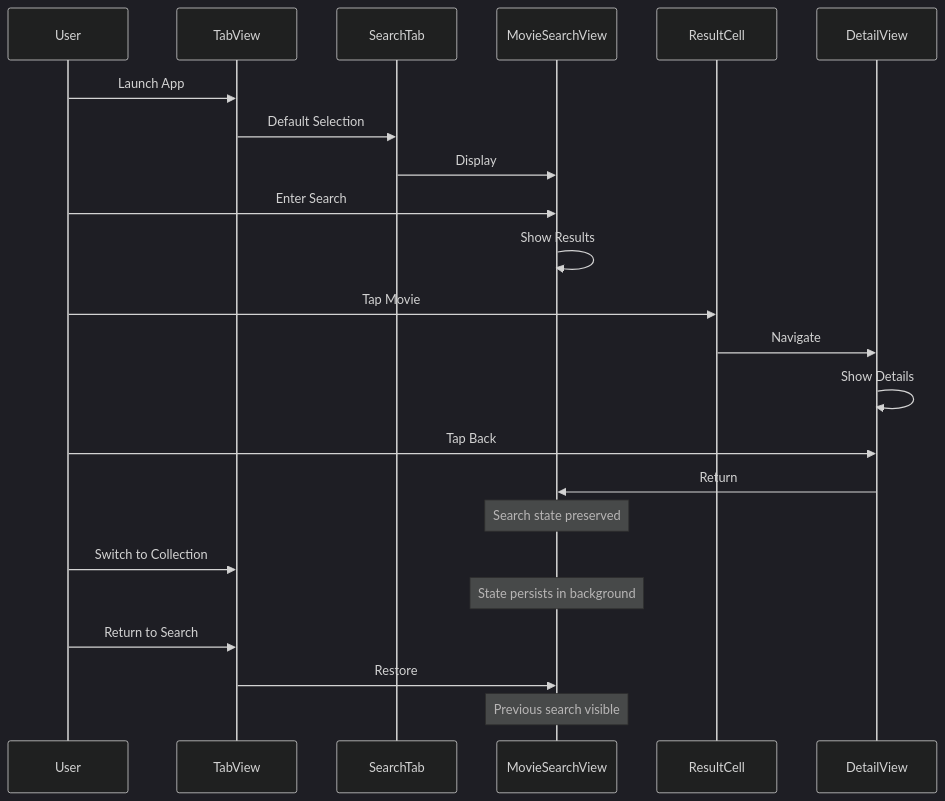
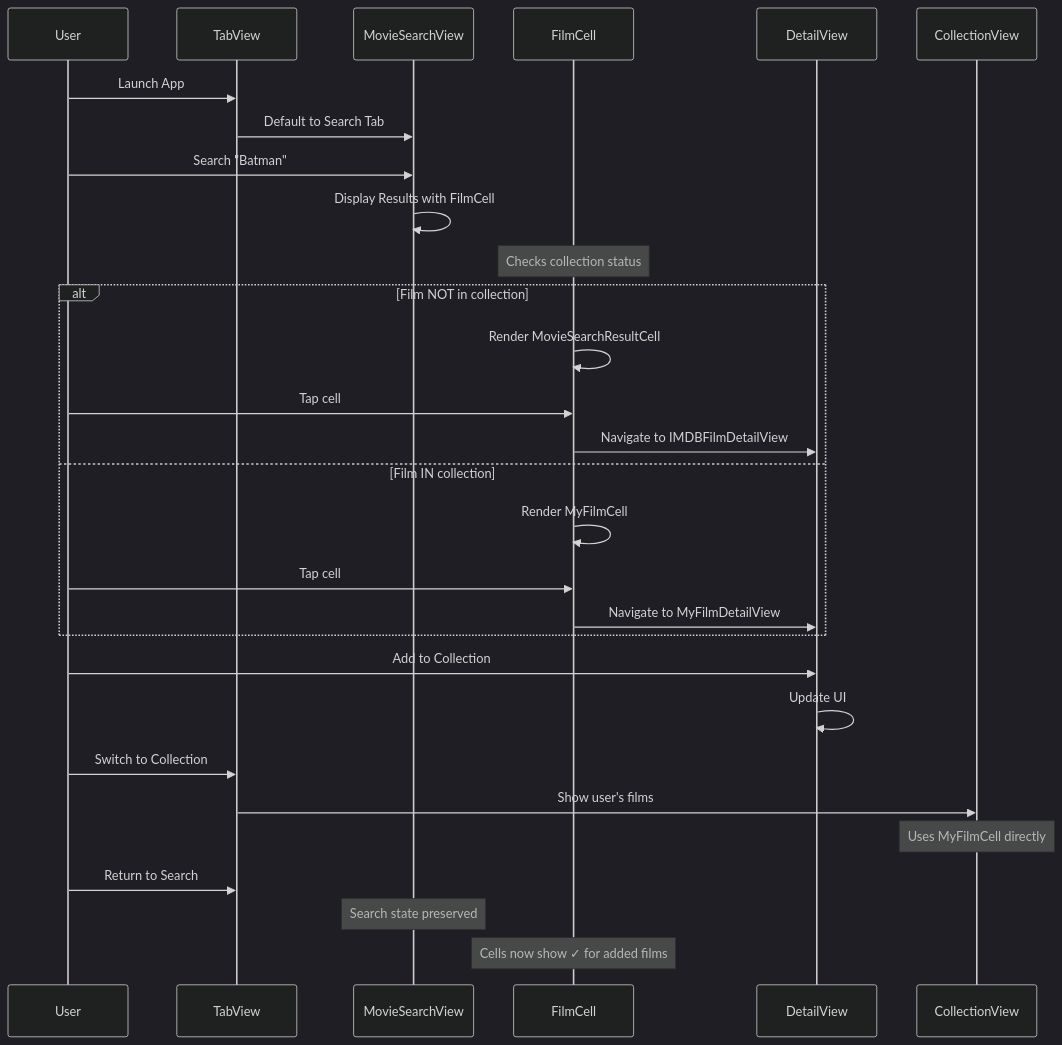
Before and after one commit to tillg/filmz2: diagram 12 of 13 in docs/ARCHITECTURE.md, drawn with Mermaid (dark theme). The commit also changed other lines of this file and 5 other files, not shown here.

First line of the commit message:
Implement FilmCell wrapper pattern for unified film display

````diff
--- a/docs/ARCHITECTURE.md
+++ b/docs/ARCHITECTURE.md
@@ -767,31 +910,37 @@
 ```mermaid
 sequenceDiagram
     participant User
     participant TabView
-    participant SearchTab
     participant MovieSearchView
-    participant ResultCell
+    participant FilmCell
     participant DetailView
+    participant CollectionView
 
     User->>TabView: Launch App
-    TabView->>SearchTab: Default Selection
-    SearchTab->>MovieSearchView: Display
+    TabView->>MovieSearchView: Default to Search Tab
 
-    User->>MovieSearchView: Enter Search
-    MovieSearchView->>MovieSearchView: Show Results
+    User->>MovieSearchView: Search "Batman"
+    MovieSearchView->>MovieSearchView: Display Results with FilmCell
 
-    User->>ResultCell: Tap Movie
-    ResultCell->>DetailView: Navigate
-    DetailView->>DetailView: Show Details
+    Note over FilmCell: Checks collection status
+    alt Film NOT in collection
+        FilmCell->>FilmCell: Render MovieSearchResultCell
+        User->>FilmCell: Tap cell
+        FilmCell->>DetailView: Navigate to IMDBFilmDetailView
+    else Film IN collection
+        FilmCell->>FilmCell: Render MyFilmCell
+        User->>FilmCell: Tap cell
+        FilmCell->>DetailView: Navigate to MyFilmDetailView
+    end
 
-    User->>DetailView: Tap Back
-    DetailView->>MovieSearchView: Return
-    Note over MovieSearchView: Search state preserved
+    User->>DetailView: Add to Collection
+    DetailView->>DetailView: Update UI
 
     User->>TabView: Switch to Collection
-    Note over MovieSearchView: State persists in background
+    TabView->>CollectionView: Show user's films
+    Note over CollectionView: Uses MyFilmCell directly
 
     User->>TabView: Return to Search
-    TabView->>MovieSearchView: Restore
-    Note over MovieSearchView: Previous search visible
+    Note over MovieSearchView: Search state preserved
+    Note over FilmCell: Cells now show ✓ for added films
 ```
````
